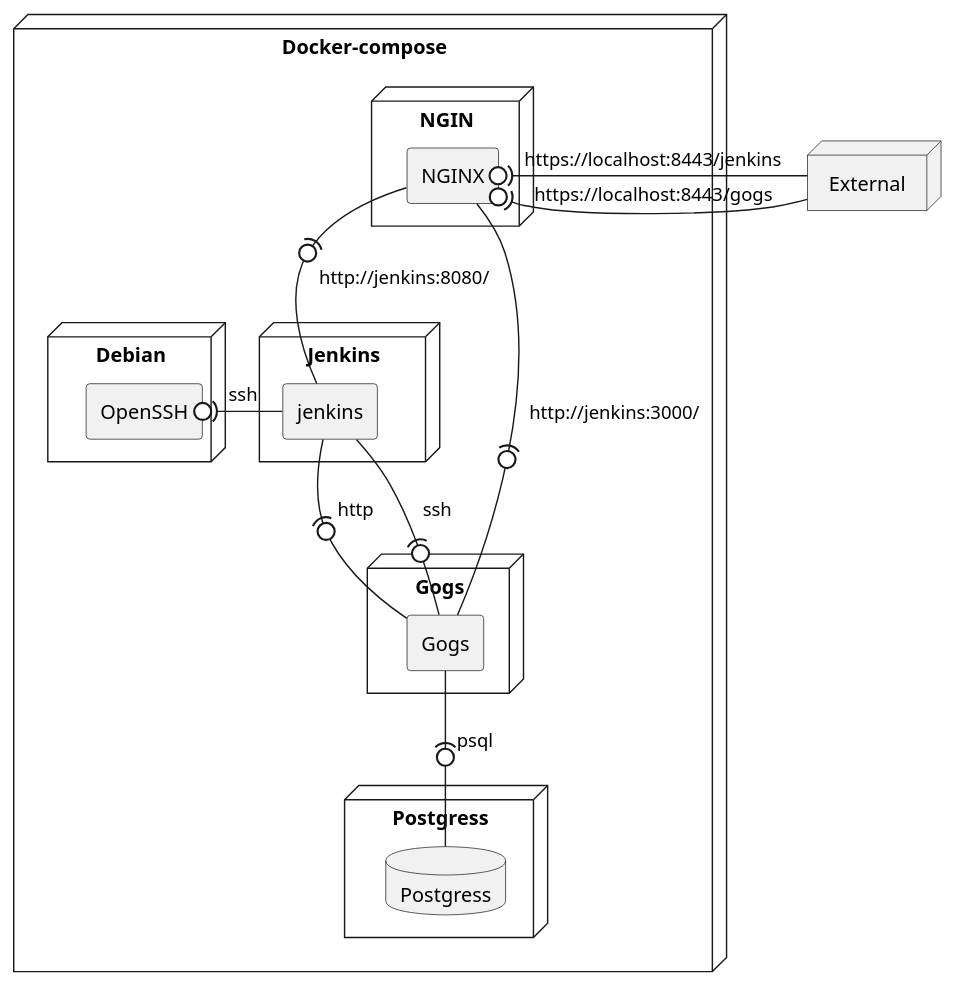
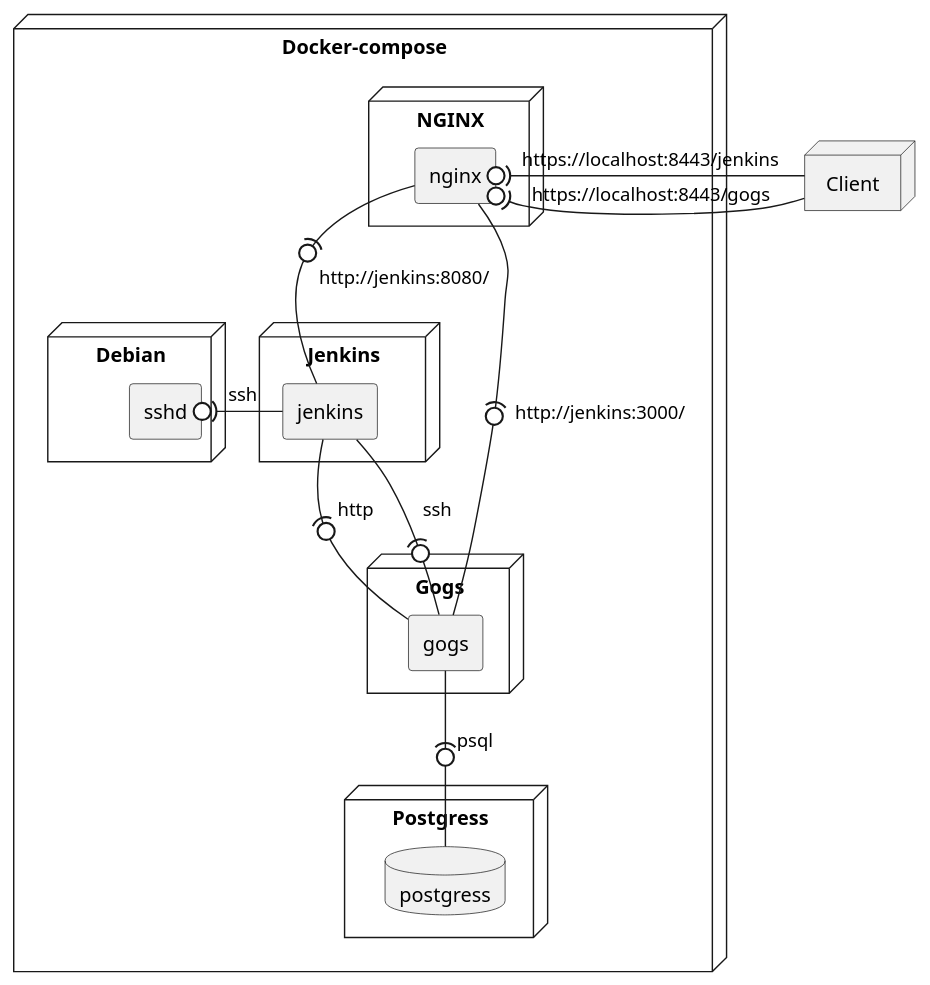
One commit to andneh/jenkins-gogs-debian changed the diagram in docs/deploy_diagram.puml. Above: the diagram before and after it, drawn with PlantUML. The commit also changed 1 other file, not shown here.

```diff
--- a/docs/deploy_diagram.puml
+++ b/docs/deploy_diagram.puml
@@ -1,39 +1,43 @@
 @startuml
 
-node pc as "External"{
+node pc as "Client"{
 
 }
 
 node dc as "Docker-compose" {
-    node nginx_node as "NGIN" {
-        agent nginx as "NGINX"
+
+    node psql_node as "Postgress" {
+        database psql as "postgress"
     }
+
     node gogs_node as "Gogs" {
-        agent gogs as "Gogs"
+        agent gogs as "gogs"
     }
     node jenkins_node as "Jenkins" {
         agent jenkins as "jenkins"
     }
-    node psql_node as "Postgress" {
-        database psql as "Postgress"
+    
+    node nginx_node as "NGINX" {
+        agent nginx as "nginx"
     }
+
     node debian_node as "Debian"{
-        agent ssh as "OpenSSH"
+        agent ssh as "sshd"
     }
 
     gogs -(0- psql : "psql"
 
     jenkins -(0- gogs : "http"
     jenkins -(0- gogs : "ssh"
     jenkins -(0 ssh : "ssh"
 
     nginx -(0- jenkins : "http://jenkins:8080/"
     nginx -(0- gogs : "http://jenkins:3000/"
     
     pc -(0 nginx : "https://localhost:8443/jenkins"
     pc -(0 nginx : "https://localhost:8443/gogs"
 
 }
 
 
 @enduml
```
